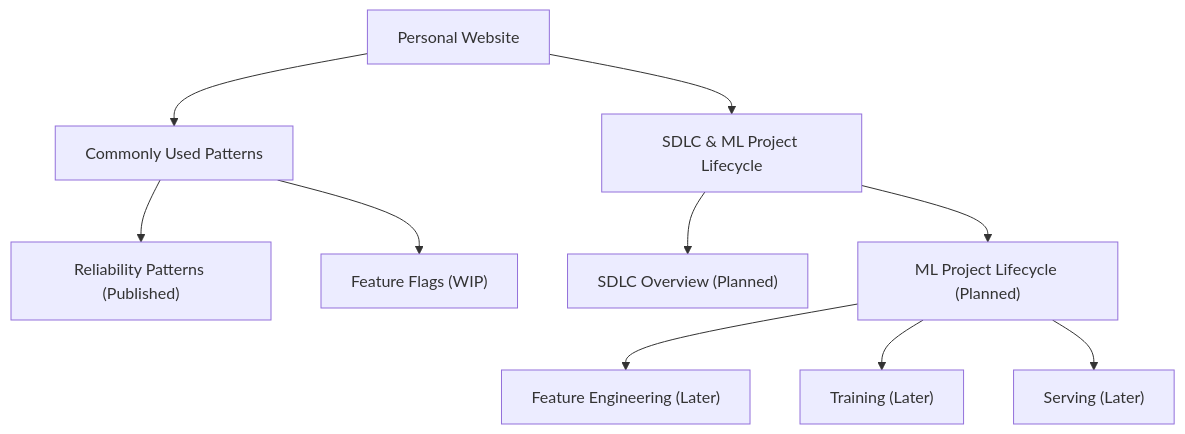
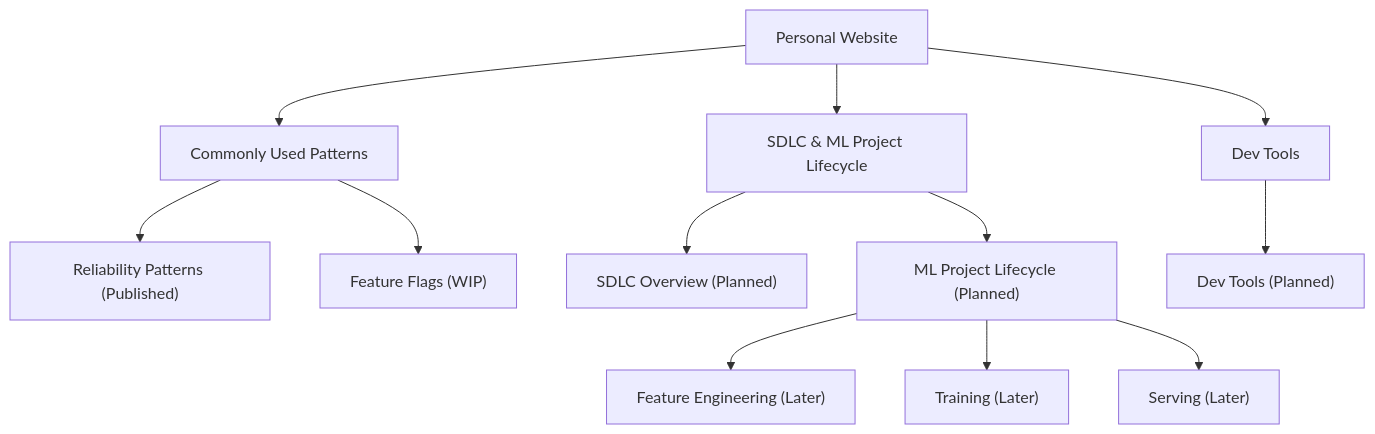
Before and after one commit to HCharlie/HCharlie.github.io: the diagram in src/roadmap/index.md, drawn with Mermaid. The commit also changed 2 other files, not shown here.

Commit message:
Expand homepage series and roadmap

```diff
--- a/src/roadmap/index.md
+++ b/src/roadmap/index.md
@@ -11,23 +11,26 @@
 <pre class="mermaid">
 flowchart TD
     Site["Personal Website"]
     Patterns["Commonly Used Patterns"]
     Lifecycle["SDLC &amp; ML Project Lifecycle"]
+    Tools["Dev Tools"]
     Reliability["Reliability Patterns (Published)"]
     FeatureFlags["Feature Flags (WIP)"]
     SDLC["SDLC Overview (Planned)"]
     ML["ML Project Lifecycle (Planned)"]
     FeatureEngineering["Feature Engineering (Later)"]
     Training["Training (Later)"]
     Serving["Serving (Later)"]
 
     Site --> Patterns
     Site --> Lifecycle
+    Site --> Tools
     Patterns --> Reliability
     Patterns --> FeatureFlags
     Lifecycle --> SDLC
     Lifecycle --> ML
+    Tools --> DevTools["Dev Tools (Planned)"]
     ML --> FeatureEngineering
     ML --> Training
     ML --> Serving
 </pre>
```
